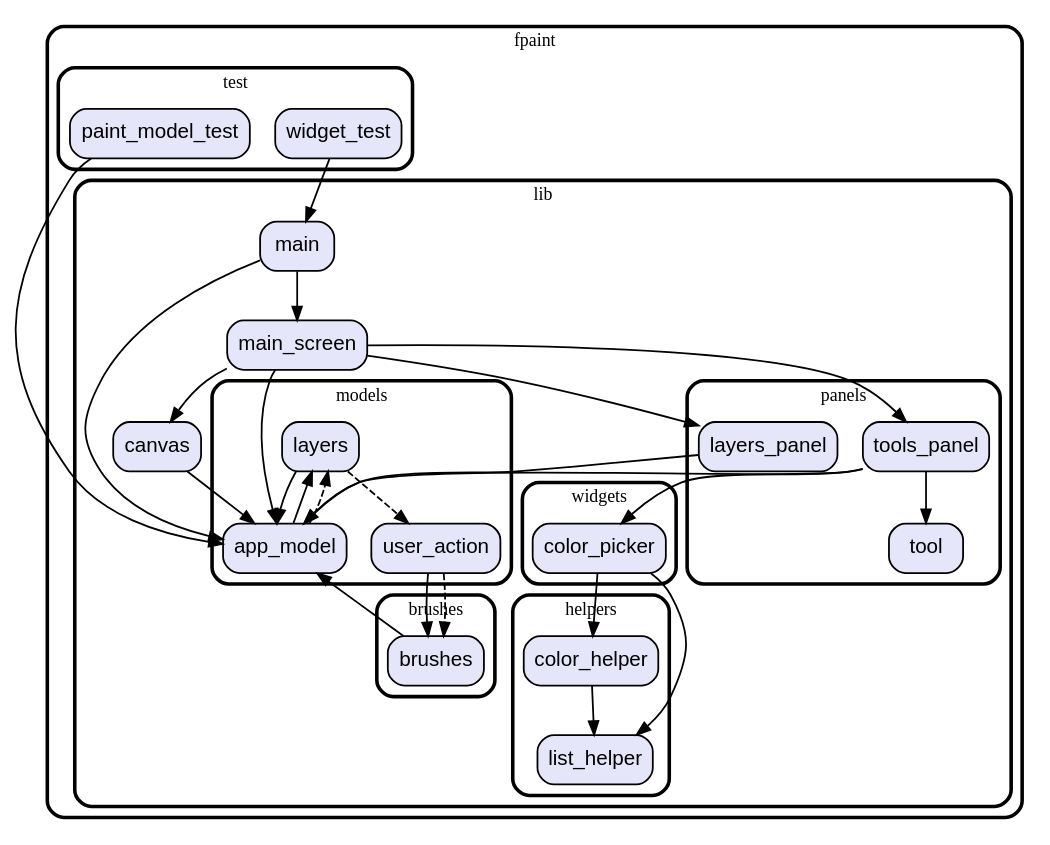
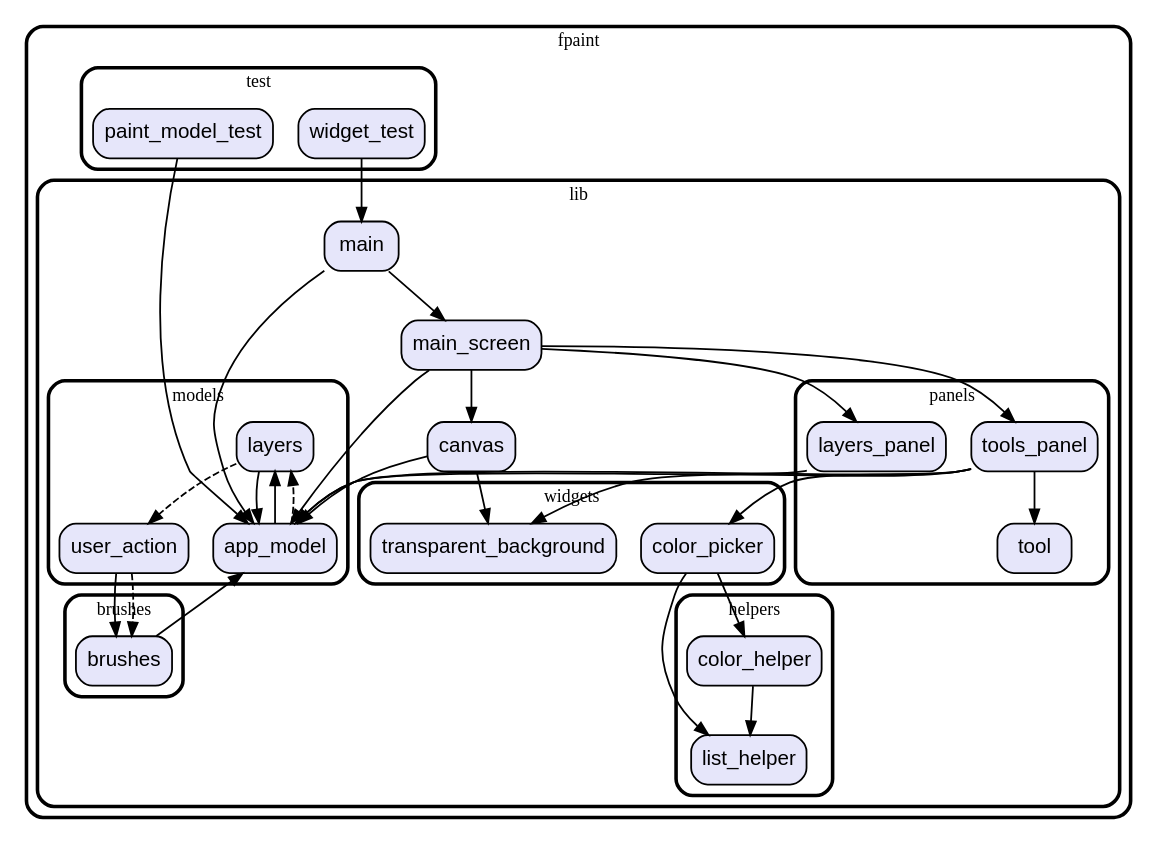
Before and after one commit to vteam-com/fPaint: the diagram in graph.dot, drawn with Graphviz. The commit also changed 4 other files, not shown here.

```diff
--- a/graph.dot
+++ b/graph.dot
@@ -1,82 +1,86 @@
 digraph "" {
   graph [style=rounded fontname="Arial Black" fontsize=13 penwidth=2.6];
   node [shape=rect style="filled,rounded" fontname=Arial fontsize=15 fillcolor=Lavender penwidth=1.3];
   edge [penwidth=1.3];
   "/test/paint_model_test.dart" [label="paint_model_test"];
   "/test/widget_test.dart" [label="widget_test"];
   "/lib/brushes/brushes.dart" [label="brushes"];
   "/lib/panels/tools_panel.dart" [label="tools_panel"];
   "/lib/panels/layers_panel.dart" [label="layers_panel"];
   "/lib/panels/tool.dart" [label="tool"];
   "/lib/models/layers.dart" [label="layers"];
   "/lib/models/user_action.dart" [label="user_action"];
   "/lib/models/app_model.dart" [label="app_model"];
   "/lib/main.dart" [label="main"];
   "/lib/canvas.dart" [label="canvas"];
   "/lib/main_screen.dart" [label="main_screen"];
   "/lib/helpers/list_helper.dart" [label="list_helper"];
   "/lib/helpers/color_helper.dart" [label="color_helper"];
+  "/lib/widgets/transparent_background.dart" [label="transparent_background"];
   "/lib/widgets/color_picker.dart" [label="color_picker"];
   subgraph "cluster~" {
     label="fpaint";
     subgraph "cluster~/test" {
       label="test";
       "/test/paint_model_test.dart";
       "/test/widget_test.dart";
     }
     subgraph "cluster~/lib" {
       label="lib";
       "/lib/main.dart";
       "/lib/canvas.dart";
       "/lib/main_screen.dart";
       subgraph "cluster~/lib/brushes" {
         label="brushes";
         "/lib/brushes/brushes.dart";
       }
       subgraph "cluster~/lib/panels" {
         label="panels";
         "/lib/panels/tools_panel.dart";
         "/lib/panels/layers_panel.dart";
         "/lib/panels/tool.dart";
       }
       subgraph "cluster~/lib/models" {
         label="models";
         "/lib/models/layers.dart";
         "/lib/models/user_action.dart";
         "/lib/models/app_model.dart";
       }
       subgraph "cluster~/lib/helpers" {
         label="helpers";
         "/lib/helpers/list_helper.dart";
         "/lib/helpers/color_helper.dart";
       }
       subgraph "cluster~/lib/widgets" {
         label="widgets";
+        "/lib/widgets/transparent_background.dart";
         "/lib/widgets/color_picker.dart";
       }
     }
   }
   "/test/paint_model_test.dart" -> "/lib/models/app_model.dart";
   "/test/widget_test.dart" -> "/lib/main.dart";
   "/lib/brushes/brushes.dart" -> "/lib/models/app_model.dart";
   "/lib/panels/tools_panel.dart" -> "/lib/models/app_model.dart";
   "/lib/panels/tools_panel.dart" -> "/lib/panels/tool.dart";
   "/lib/panels/tools_panel.dart" -> "/lib/widgets/color_picker.dart";
+  "/lib/panels/tools_panel.dart" -> "/lib/widgets/transparent_background.dart";
   "/lib/panels/layers_panel.dart" -> "/lib/models/app_model.dart";
   "/lib/models/layers.dart" -> "/lib/models/app_model.dart";
   "/lib/models/layers.dart" -> "/lib/models/user_action.dart" [style=dashed];
   "/lib/models/user_action.dart" -> "/lib/brushes/brushes.dart";
   "/lib/models/user_action.dart" -> "/lib/brushes/brushes.dart" [style=dashed];
   "/lib/models/app_model.dart" -> "/lib/models/layers.dart";
   "/lib/models/app_model.dart" -> "/lib/models/layers.dart" [style=dashed];
   "/lib/main.dart" -> "/lib/main_screen.dart";
   "/lib/main.dart" -> "/lib/models/app_model.dart";
+  "/lib/canvas.dart" -> "/lib/widgets/transparent_background.dart";
   "/lib/canvas.dart" -> "/lib/models/app_model.dart";
   "/lib/main_screen.dart" -> "/lib/canvas.dart";
   "/lib/main_screen.dart" -> "/lib/panels/layers_panel.dart";
   "/lib/main_screen.dart" -> "/lib/panels/tools_panel.dart";
   "/lib/main_screen.dart" -> "/lib/models/app_model.dart";
   "/lib/helpers/color_helper.dart" -> "/lib/helpers/list_helper.dart";
   "/lib/widgets/color_picker.dart" -> "/lib/helpers/color_helper.dart";
   "/lib/widgets/color_picker.dart" -> "/lib/helpers/list_helper.dart";
 }
```
